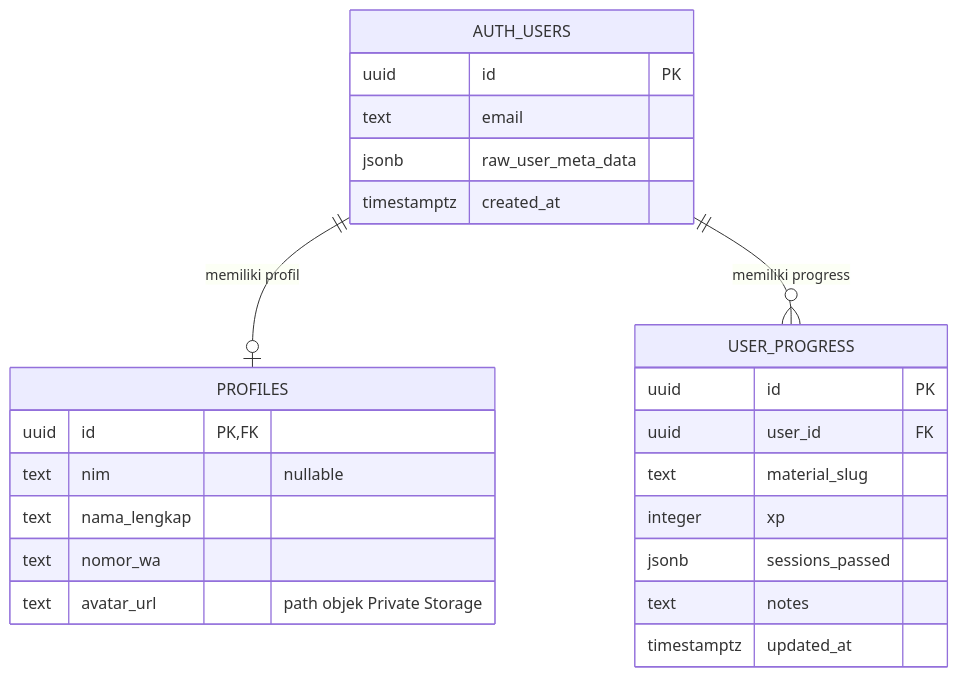
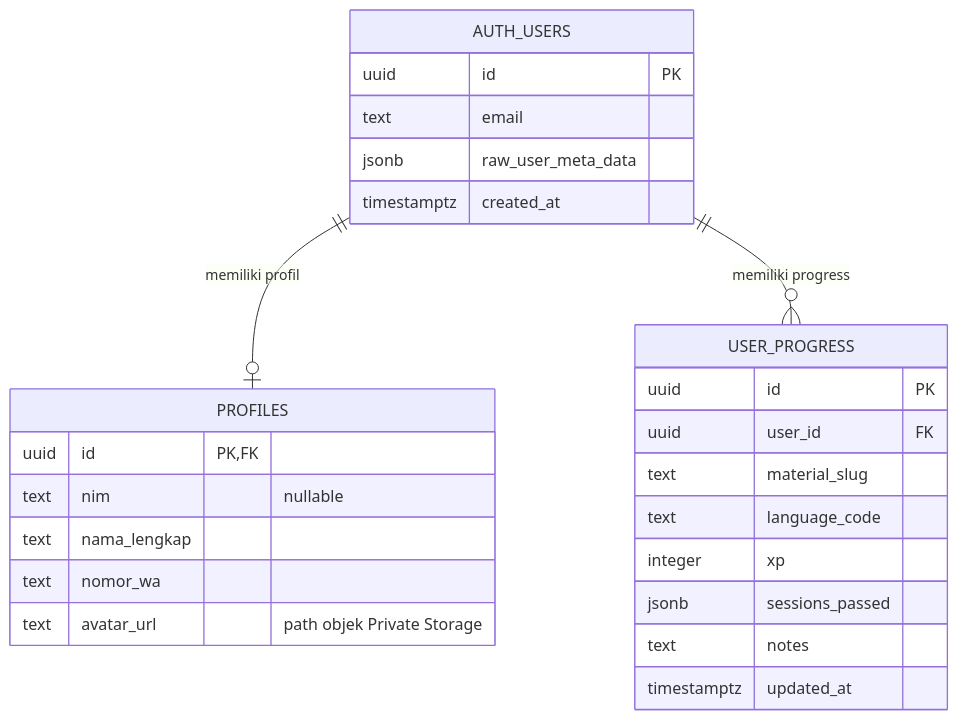
Before and after one commit to nandayudhistirawibowo/NdUniverse: the diagram in ERD.md, drawn with Mermaid. The commit also changed other lines of this file and 23 other files, not shown here.

Commit message:
Docs: Update semua dokumentasi .md (Jerman 100%, Inggris Under Development) & Clean code architecture & Bug cursor optimizations

````diff
--- a/ERD.md
+++ b/ERD.md
@@ -7,30 +7,31 @@
 ```mermaid
 erDiagram
     AUTH_USERS ||--o| PROFILES : "memiliki profil"
     AUTH_USERS ||--o{ USER_PROGRESS : "memiliki progress"
 
     AUTH_USERS {
         uuid id PK
         text email
         jsonb raw_user_meta_data
         timestamptz created_at
     }
 
     PROFILES {
         uuid id PK, FK
         text nim "nullable"
         text nama_lengkap
         text nomor_wa
         text avatar_url "path objek Private Storage"
     }
 
     USER_PROGRESS {
         uuid id PK
         uuid user_id FK
         text material_slug
+        text language_code
         integer xp
         jsonb sessions_passed
         text notes
         timestamptz updated_at
     }
 ```
````
